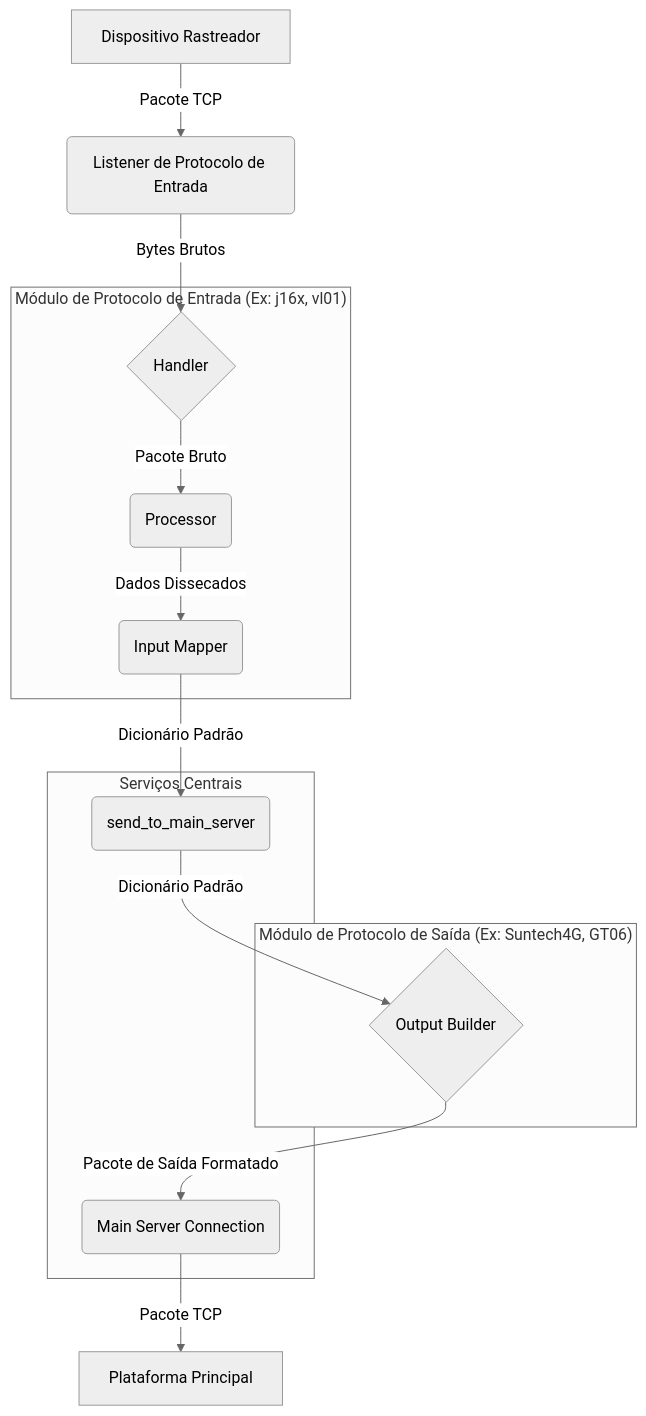
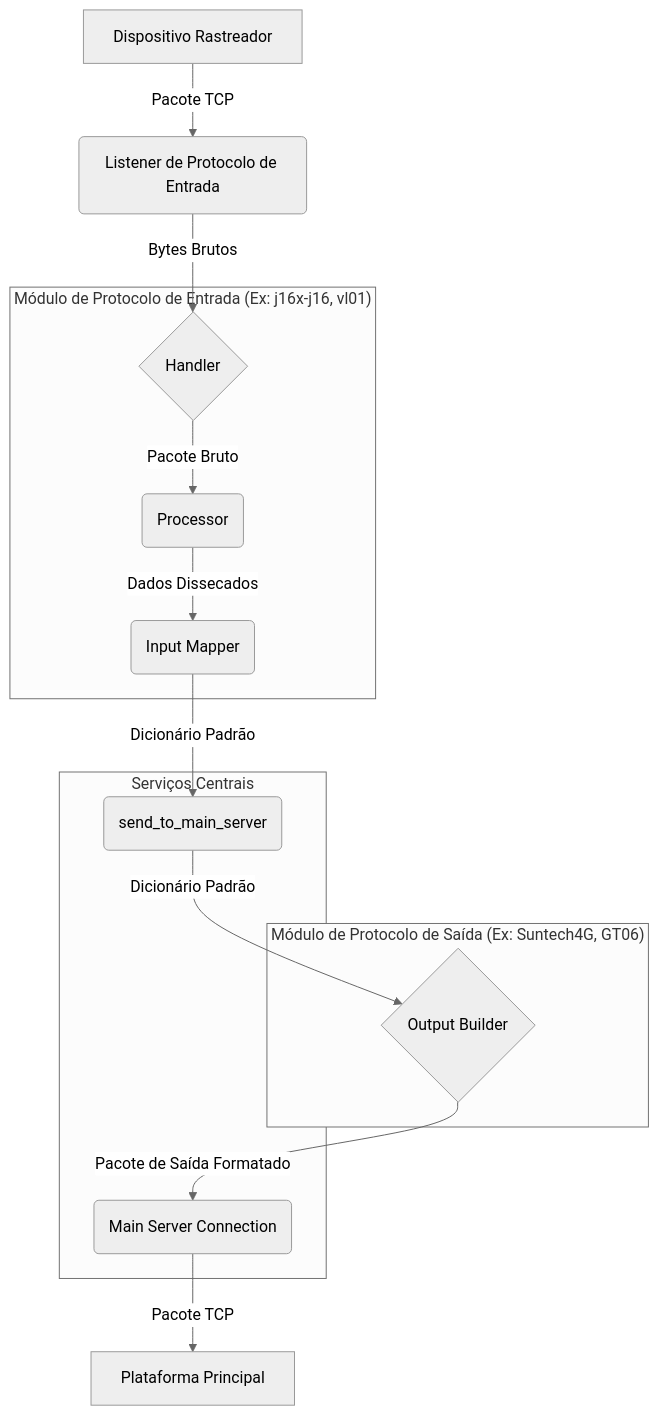
The first of 2 diagrams in README.md (ju-sants/communication-protocol-translator), drawn with Mermaid (neutral theme) before and after one commit. The commit also changed other lines of this file and 2 other files, not shown here.

````diff
--- a/README.md
+++ b/README.md
@@ -49,26 +49,26 @@
 ```mermaid
 graph TD
     A[Dispositivo Rastreador] -- Pacote TCP --> B(Listener de Protocolo de Entrada);
     B -- Bytes Brutos --> C{Handler};
     C -- Pacote Bruto --> D(Processor);
     D -- Dados Dissecados --> E(Input Mapper);
     E -- Dicionário Padrão --> F(send_to_main_server);
     F -- Dicionário Padrão --> G{Output Builder};
     G -- Pacote de Saída Formatado --> H(Main Server Connection);
     H -- Pacote TCP --> I[Plataforma Principal];
 
-    subgraph "Módulo de Protocolo de Entrada (Ex: j16x, vl01)"
+    subgraph "Módulo de Protocolo de Entrada (Ex: j16x-j16, vl01)"
         C
         D
         E
     end
 
     subgraph "Módulo de Protocolo de Saída (Ex: Suntech4G, GT06)"
         G
     end
 
     subgraph "Serviços Centrais"
         F
         H
     end
 ```
````
